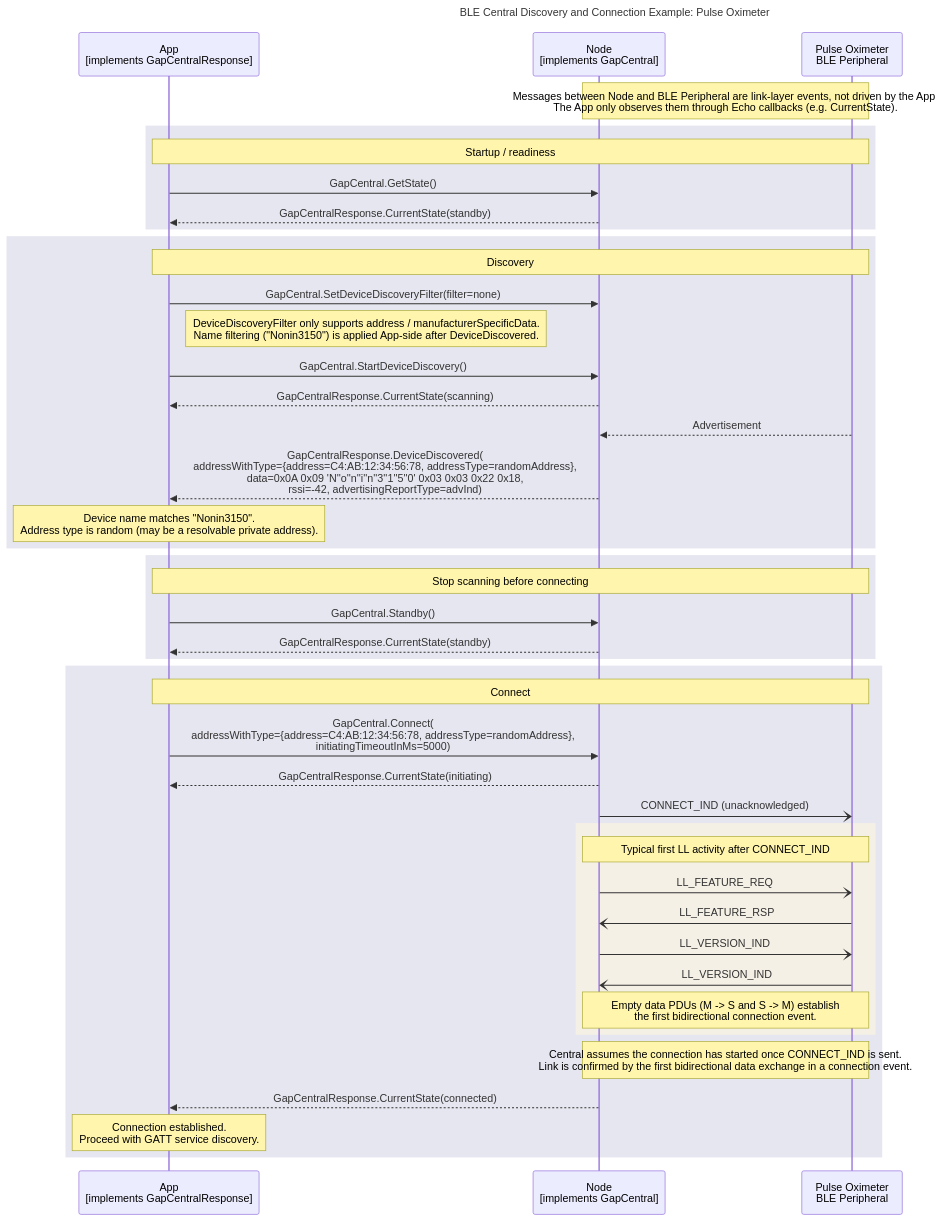
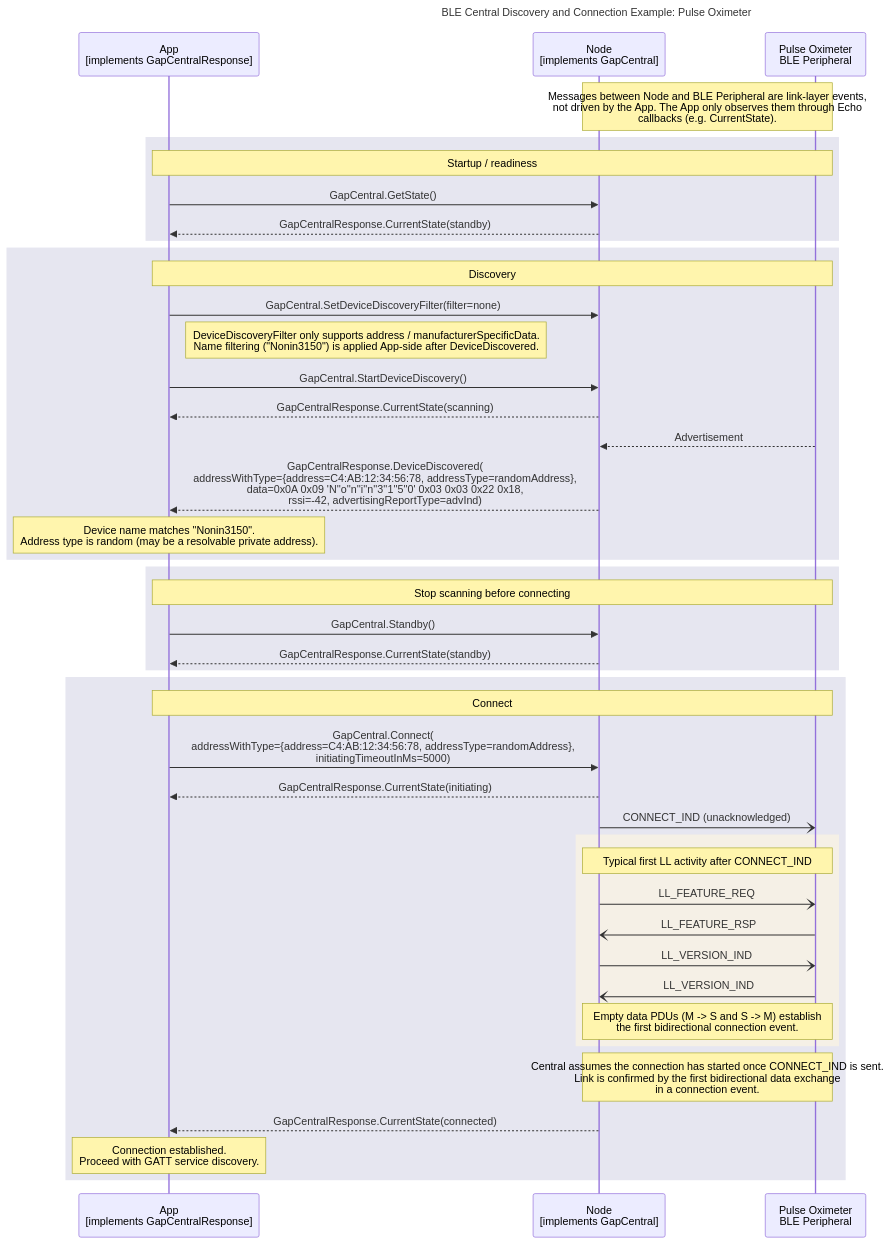
Before and after one commit to philips-software/amp-embedded-infra-lib: the diagram in documents/modules/ROOT/partials/echoservices/gap_central/GapCentral_DiscoveryAndConnection_sequence_example.mmd, drawn with Mermaid. The commit also changed 11 other files, not shown here.

```diff
--- a/documents/modules/ROOT/partials/echoservices/gap_central/GapCentral_DiscoveryAndConnection_sequence_example.mmd
+++ b/documents/modules/ROOT/partials/echoservices/gap_central/GapCentral_DiscoveryAndConnection_sequence_example.mmd
@@ -1,53 +1,53 @@
 sequenceDiagram
     title BLE Central Discovery and Connection Example: Pulse Oximeter
 
     participant App as App<br>[implements GapCentralResponse]
     participant Node as Node<br>[implements GapCentral]
     participant Peripheral as Pulse Oximeter<br>BLE Peripheral
 
-    Note over Node, Peripheral: Messages between Node and BLE Peripheral are link-layer events, not driven by the App.<br>The App only observes them through Echo callbacks (e.g. CurrentState).
+    Note over Node, Peripheral: Messages between Node and BLE Peripheral are link-layer events,<br>not driven by the App. The App only observes them through Echo<br>callbacks (e.g. CurrentState).
 
     rect rgb(230, 230, 240)
         note over App, Peripheral: Startup / readiness
         App->>Node: GapCentral.GetState()
         Node-->>App: GapCentralResponse.CurrentState(standby)
     end
 
     rect rgb(230, 230, 240)
         note over App, Peripheral: Discovery
         App->>Node: GapCentral.SetDeviceDiscoveryFilter(filter=none)
         Note right of App: DeviceDiscoveryFilter only supports address / manufacturerSpecificData.<br>Name filtering ("Nonin3150") is applied App-side after DeviceDiscovered.
         App->>Node: GapCentral.StartDeviceDiscovery()
         Node-->>App: GapCentralResponse.CurrentState(scanning)
 
         Peripheral-->>Node: Advertisement
         Node-->>App: GapCentralResponse.DeviceDiscovered(<br>addressWithType={address=C4:AB:12:34:56:78, addressType=randomAddress},<br>data=0x0A 0x09 'N''o''n''i''n''3''1''5''0' 0x03 0x03 0x22 0x18,<br>rssi=-42, advertisingReportType=advInd)
 
         note over App: Device name matches "Nonin3150".<br>Address type is random (may be a resolvable private address).
     end
 
     rect rgb(230, 230, 240)
         note over App, Peripheral: Stop scanning before connecting
         App->>Node: GapCentral.Standby()
         Node-->>App: GapCentralResponse.CurrentState(standby)
     end
 
     rect rgb(230, 230, 240)
         note over App, Peripheral: Connect
         App->>Node: GapCentral.Connect(<br>addressWithType={address=C4:AB:12:34:56:78, addressType=randomAddress},<br>initiatingTimeoutInMs=5000)
         Node-->>App: GapCentralResponse.CurrentState(initiating)
 
         Node-)Peripheral: CONNECT_IND (unacknowledged)
         rect rgb(245, 240, 230)
             Note over Node, Peripheral: Typical first LL activity after CONNECT_IND
             Node-)Peripheral: LL_FEATURE_REQ
             Peripheral-)Node: LL_FEATURE_RSP
             Node-)Peripheral: LL_VERSION_IND
             Peripheral-)Node: LL_VERSION_IND
             Note over Node, Peripheral: Empty data PDUs (M -> S and S -> M) establish<br>the first bidirectional connection event.
         end
-        Note over Node, Peripheral: Central assumes the connection has started once CONNECT_IND is sent.<br>Link is confirmed by the first bidirectional data exchange in a connection event.
+        Note over Node, Peripheral: Central assumes the connection has started once CONNECT_IND is sent.<br>Link is confirmed by the first bidirectional data exchange<br>in a connection event.
         Node-->>App: GapCentralResponse.CurrentState(connected)
 
         note over App: Connection established.<br>Proceed with GATT service discovery.
     end
```
